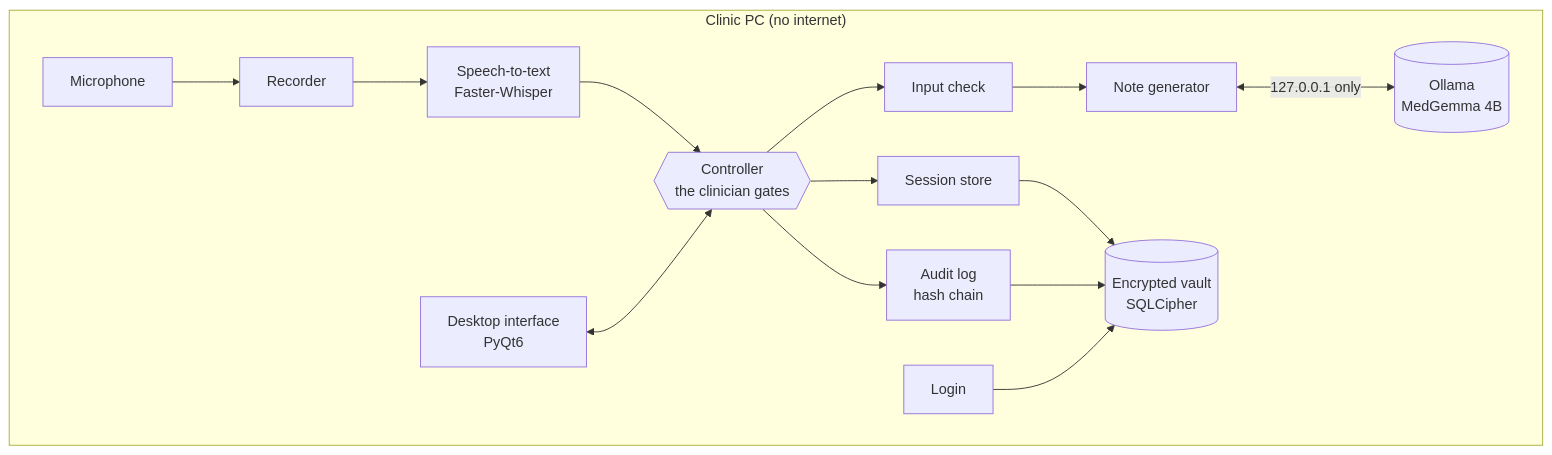
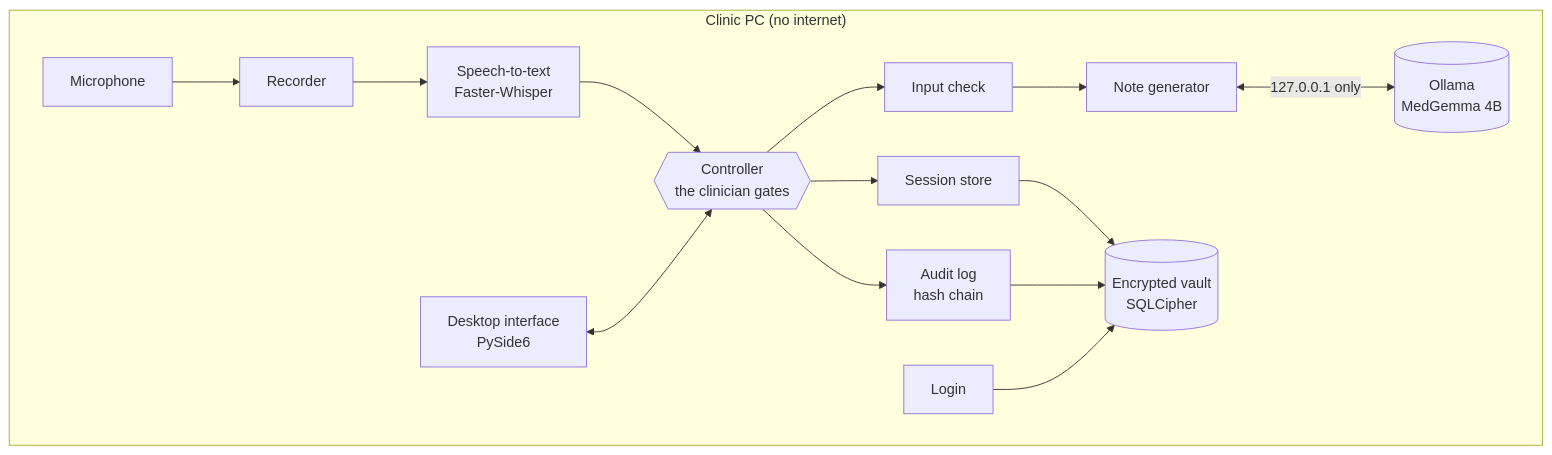
The second of 2 diagrams in README.md (kinuthia-mark/Offline-Desktop-Based-Medical-Professional-Clinical-Consultation-Assistant-), drawn with Mermaid before and after one commit. The commit also changed other lines of this file and 4 other files, not shown here.

````diff
--- a/README.md
+++ b/README.md
@@ -106,18 +117,18 @@
 ```mermaid
 flowchart LR
     subgraph PC["Clinic PC (no internet)"]
         direction LR
         MIC[Microphone] --> REC[Recorder]
         REC --> ASR[Speech-to-text<br/>Faster-Whisper]
         ASR --> CTRL{{Controller<br/>the clinician gates}}
-        UI[Desktop interface<br/>PyQt6] <--> CTRL
+        UI[Desktop interface<br/>PySide6] <--> CTRL
         CTRL --> GUARD[Input check]
         GUARD --> GEN[Note generator]
         GEN <-->|127.0.0.1 only| OLL[(Ollama<br/>MedGemma 4B)]
         CTRL --> STORE[Session store]
         STORE --> VAULT[(Encrypted vault<br/>SQLCipher)]
         CTRL --> AUDIT[Audit log<br/>hash chain]
         AUDIT --> VAULT
         AUTH[Login] --> VAULT
     end
 ```
````
